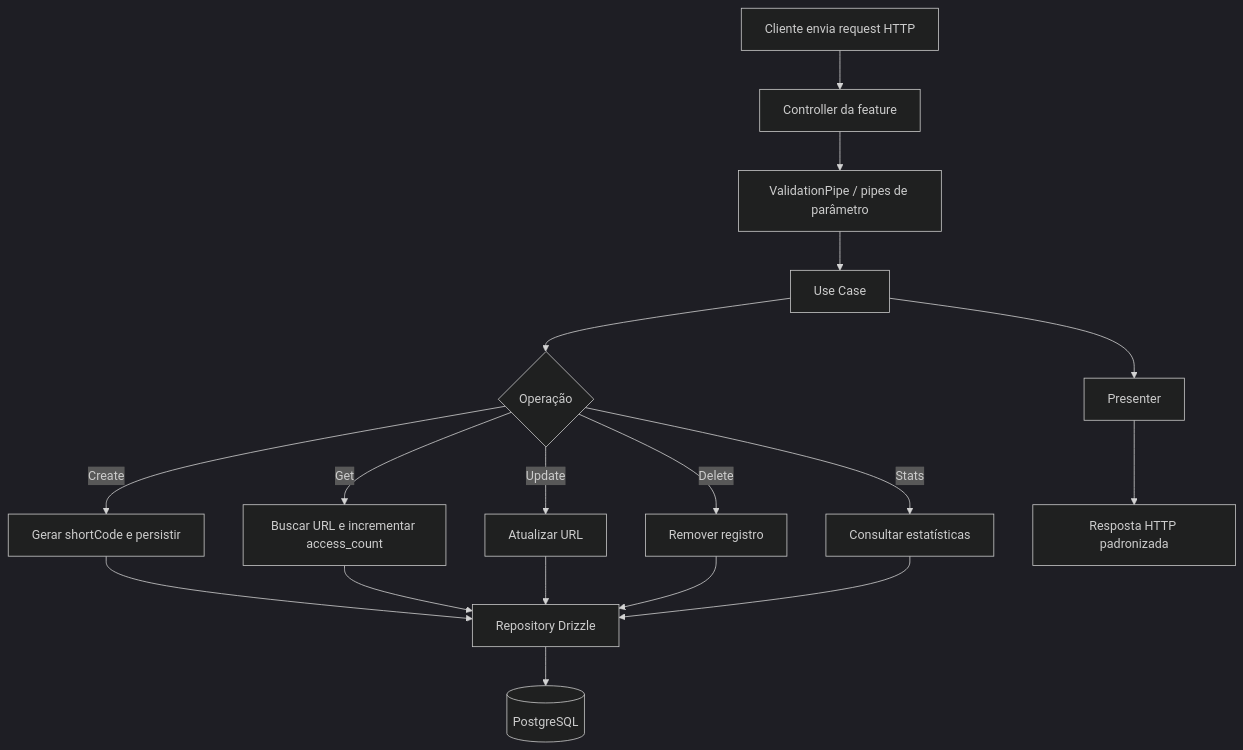
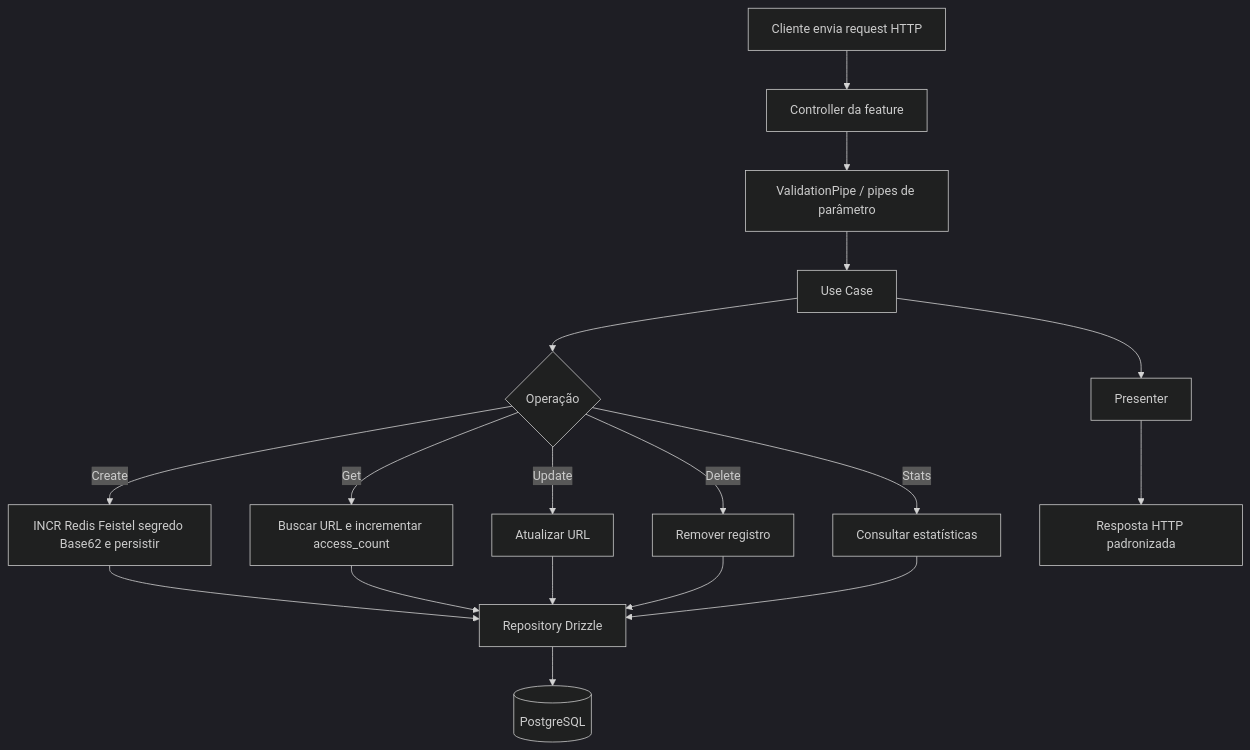
The seventh of 7 diagrams in docs/planejamento_feature_url_shortener_c_4.md (joisiney/short-url-api), drawn with Mermaid (dark theme) before and after one commit. The commit also changed other lines of this file, not shown here.

First line of the commit message:
docs: planejamento short code com permutação Feistel e segredo

````diff
--- a/docs/planejamento_feature_url_shortener_c_4.md
+++ b/docs/planejamento_feature_url_shortener_c_4.md
@@ -1303,20 +1356,20 @@
 ```mermaid
 flowchart TD
     A[Cliente envia request HTTP] --> B[Controller da feature]
     B --> C[ValidationPipe / pipes de parâmetro]
     C --> D[Use Case]
     D --> E{Operação}
-    E -->|Create| F[Gerar shortCode e persistir]
+    E -->|Create| F[INCR Redis Feistel segredo Base62 e persistir]
     E -->|Get| G[Buscar URL e incrementar access_count]
     E -->|Update| H[Atualizar URL]
     E -->|Delete| I[Remover registro]
     E -->|Stats| J[Consultar estatísticas]
     F --> K[Repository Drizzle]
     G --> K
     H --> K
     I --> K
     J --> K
     K --> L[(PostgreSQL)]
     D --> M[Presenter]
     M --> N[Resposta HTTP padronizada]
 ```
````
